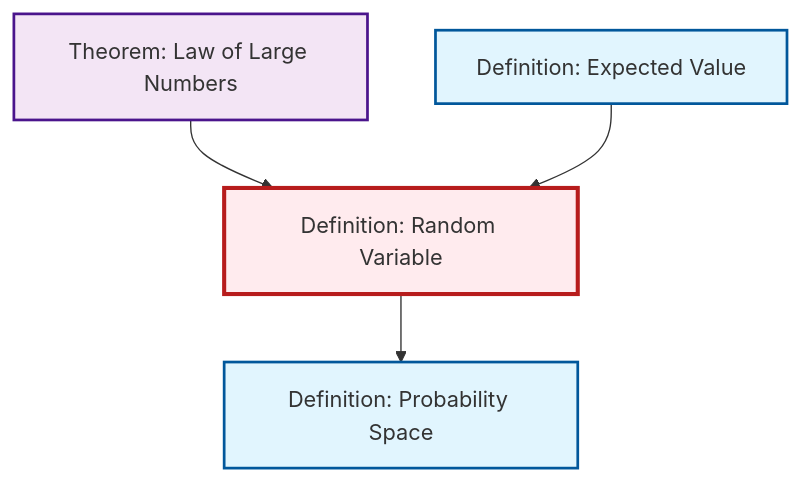
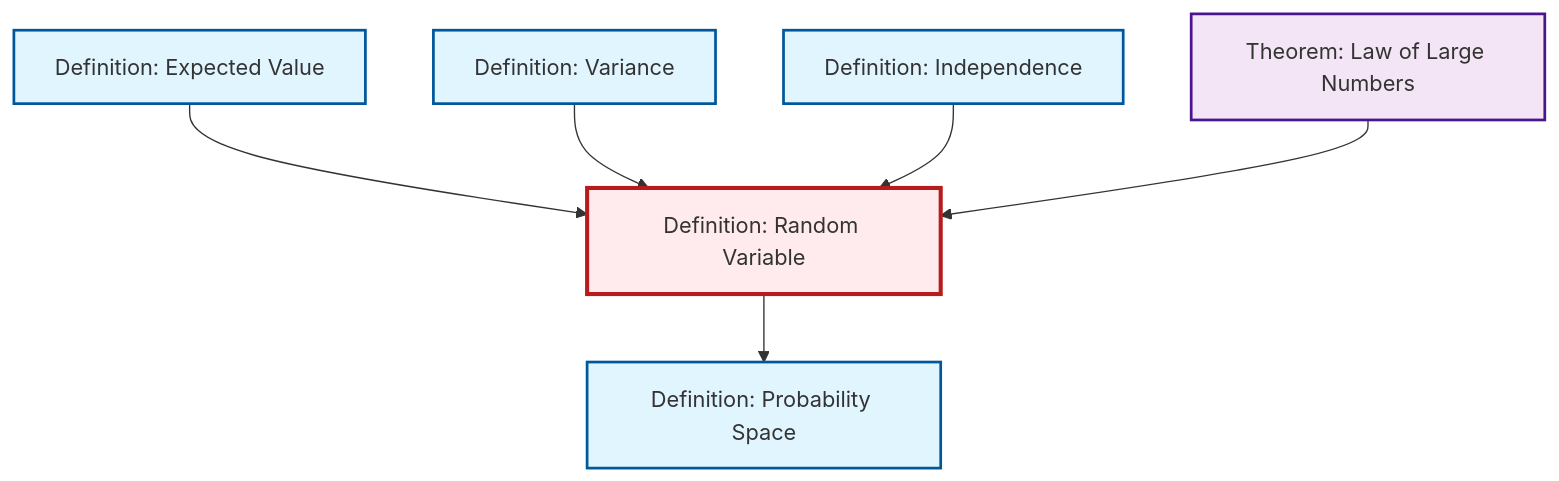
One commit to RK0429/ModernMath changed the diagram in content/en/probability-statistics/def-random-variable.qmd. Above: the diagram before and after it, drawn with Mermaid. The commit also changed 474 other files, not shown here.

````diff
--- a/content/en/probability-statistics/def-random-variable.qmd
+++ b/content/en/probability-statistics/def-random-variable.qmd
@@ -47,20 +47,26 @@
 ```{mermaid}
 %%| fig-cap: "Local dependency graph"
 graph TD
     classDef definition fill:#e1f5fe,stroke:#01579b,stroke-width:2px
     classDef theorem fill:#f3e5f5,stroke:#4a148c,stroke-width:2px
     classDef axiom fill:#fff3e0,stroke:#e65100,stroke-width:2px
     classDef example fill:#e8f5e9,stroke:#1b5e20,stroke-width:2px
     classDef current fill:#ffebee,stroke:#b71c1c,stroke-width:3px
+    thm-law-of-large-numbers["Theorem: Law of Large Numbers"]:::theorem
+    def-expectation["Definition: Expected Value"]:::definition
     def-random-variable["Definition: Random Variable"]:::definition
     def-probability-space["Definition: Probability Space"]:::definition
-    thm-law-of-large-numbers["Theorem: Law of Large Numbers"]:::theorem
-    def-expectation["Definition: Expected Value"]:::definition
+    def-independence["Definition: Independence"]:::definition
+    def-variance["Definition: Variance"]:::definition
+    def-expectation --> def-random-variable
+    def-variance --> def-random-variable
+    def-independence --> def-random-variable
     def-random-variable --> def-probability-space
     thm-law-of-large-numbers --> def-random-variable
-    def-expectation --> def-random-variable
     class def-random-variable current
-    click def-probability-space "def-probability-space.html" "Go to Probability Space definition"
     click thm-law-of-large-numbers "thm-law-of-large-numbers.html" "Go to Law of Large Numbers theorem"
     click def-expectation "def-expectation.html" "Go to Expected Value definition"
+    click def-probability-space "def-probability-space.html" "Go to Probability Space definition"
+    click def-independence "def-independence.html" "Go to Independence definition"
+    click def-variance "def-variance.html" "Go to Variance definition"
 ```
````
